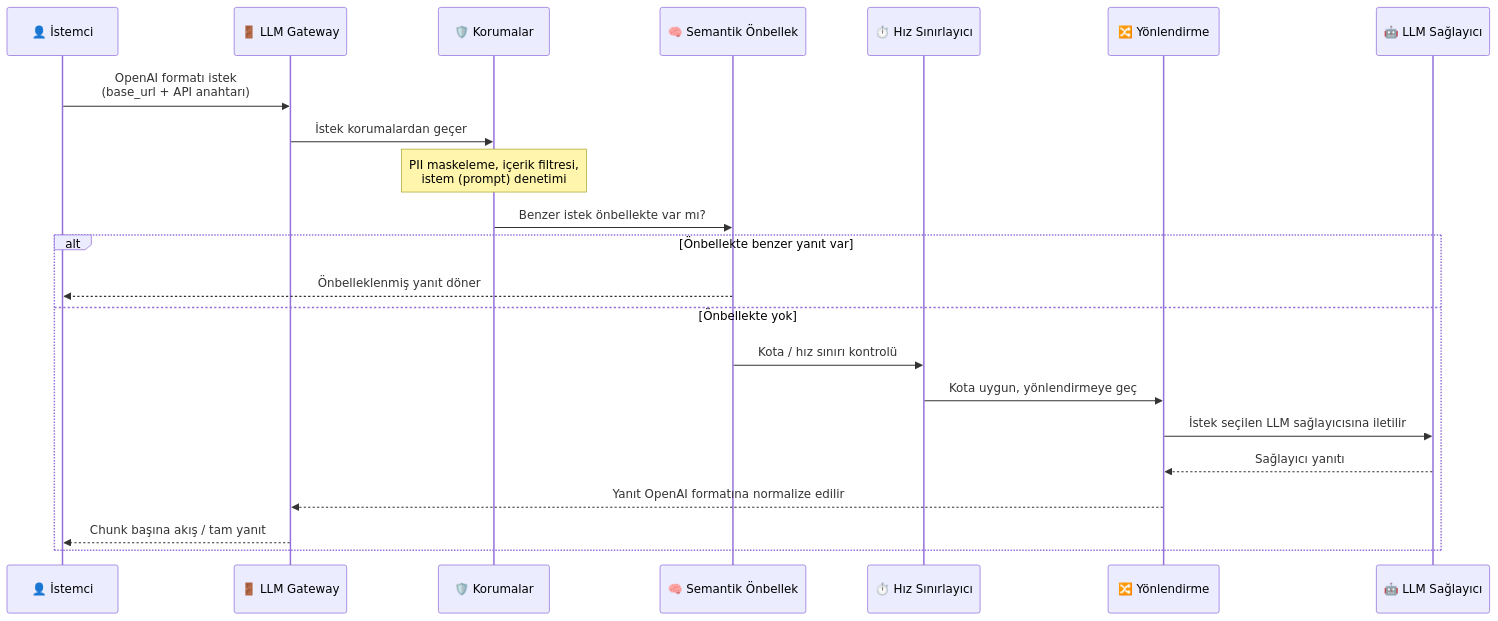
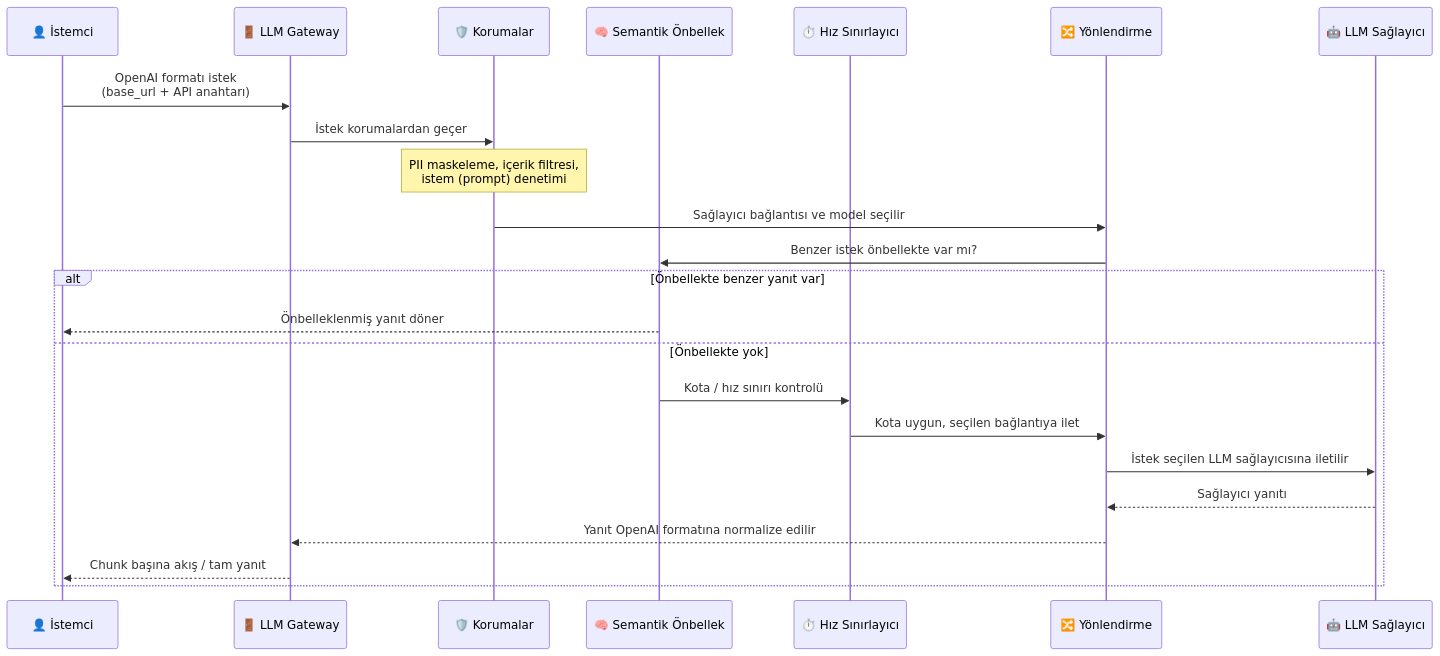
The diagram in tr/ai-gateway/genel-bakis.mdx (apinizer/docs), drawn with Mermaid before and after one commit. The commit also changed other lines of this file and 100 other files, not shown here.

````diff
--- a/tr/ai-gateway/genel-bakis.mdx
+++ b/tr/ai-gateway/genel-bakis.mdx
@@ -52,27 +57,28 @@
 ```mermaid
 sequenceDiagram
     participant Client as 👤 İstemci
     participant Gateway as 🚪 LLM Gateway
     participant Guard as 🛡️ Korumalar
     participant Cache as 🧠 Semantik Önbellek
     participant Limiter as ⏱️ Hız Sınırlayıcı
     participant Router as 🔀 Yönlendirme
     participant Provider as 🤖 LLM Sağlayıcı
 
     Client->>Gateway: OpenAI formatı istek<br/>(base_url + API anahtarı)
     Gateway->>Guard: İstek korumalardan geçer
     Note over Guard: PII maskeleme, içerik filtresi,<br/>istem (prompt) denetimi
 
-    Guard->>Cache: Benzer istek önbellekte var mı?
+    Guard->>Router: Sağlayıcı bağlantısı ve model seçilir
+    Router->>Cache: Benzer istek önbellekte var mı?
 
     alt Önbellekte benzer yanıt var
         Cache-->>Client: Önbelleklenmiş yanıt döner
     else Önbellekte yok
         Cache->>Limiter: Kota / hız sınırı kontrolü
-        Limiter->>Router: Kota uygun, yönlendirmeye geç
+        Limiter->>Router: Kota uygun, seçilen bağlantıya ilet
         Router->>Provider: İstek seçilen LLM sağlayıcısına iletilir
         Provider-->>Router: Sağlayıcı yanıtı
         Router-->>Gateway: Yanıt OpenAI formatına normalize edilir
         Gateway-->>Client: Chunk başına akış / tam yanıt
     end
 ```
````
